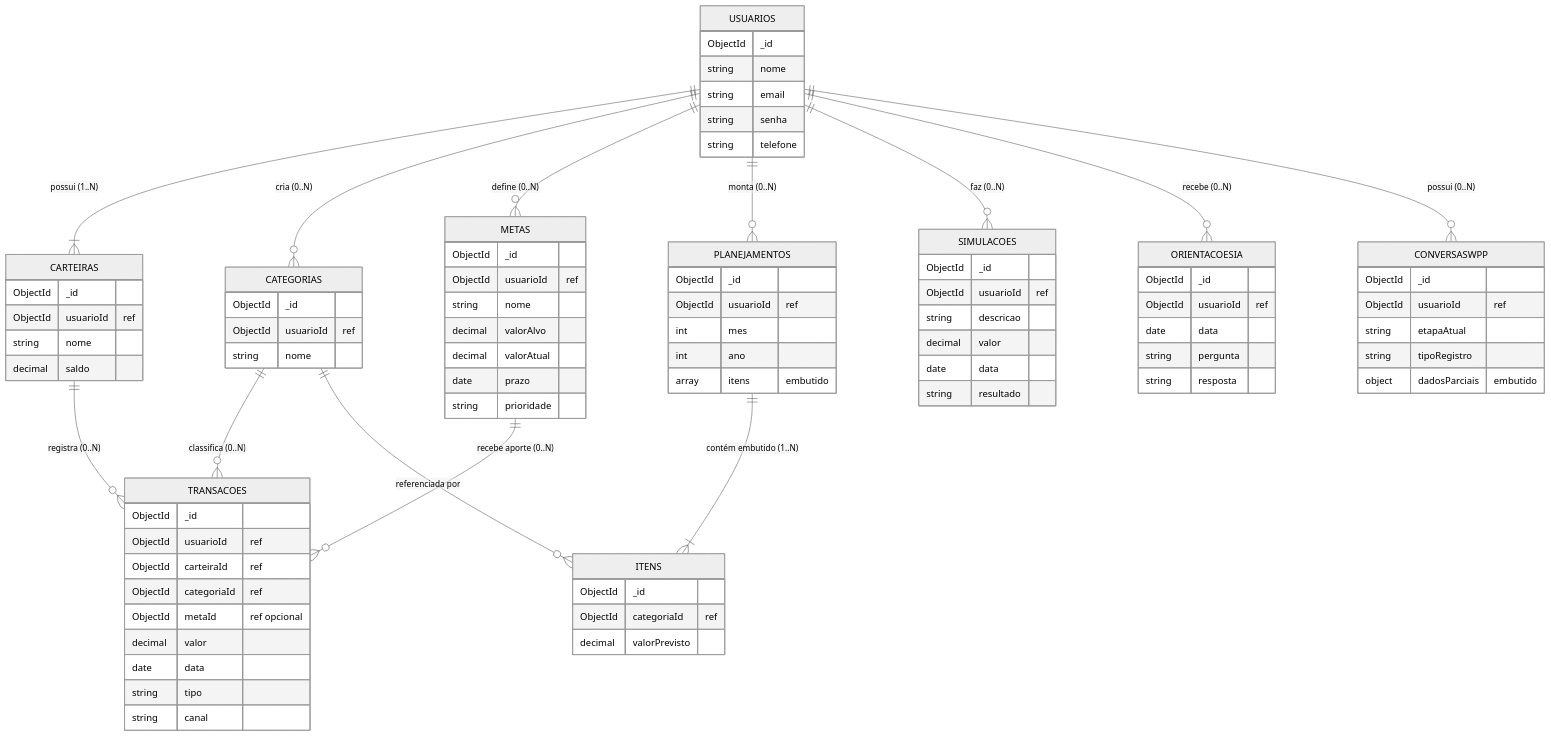
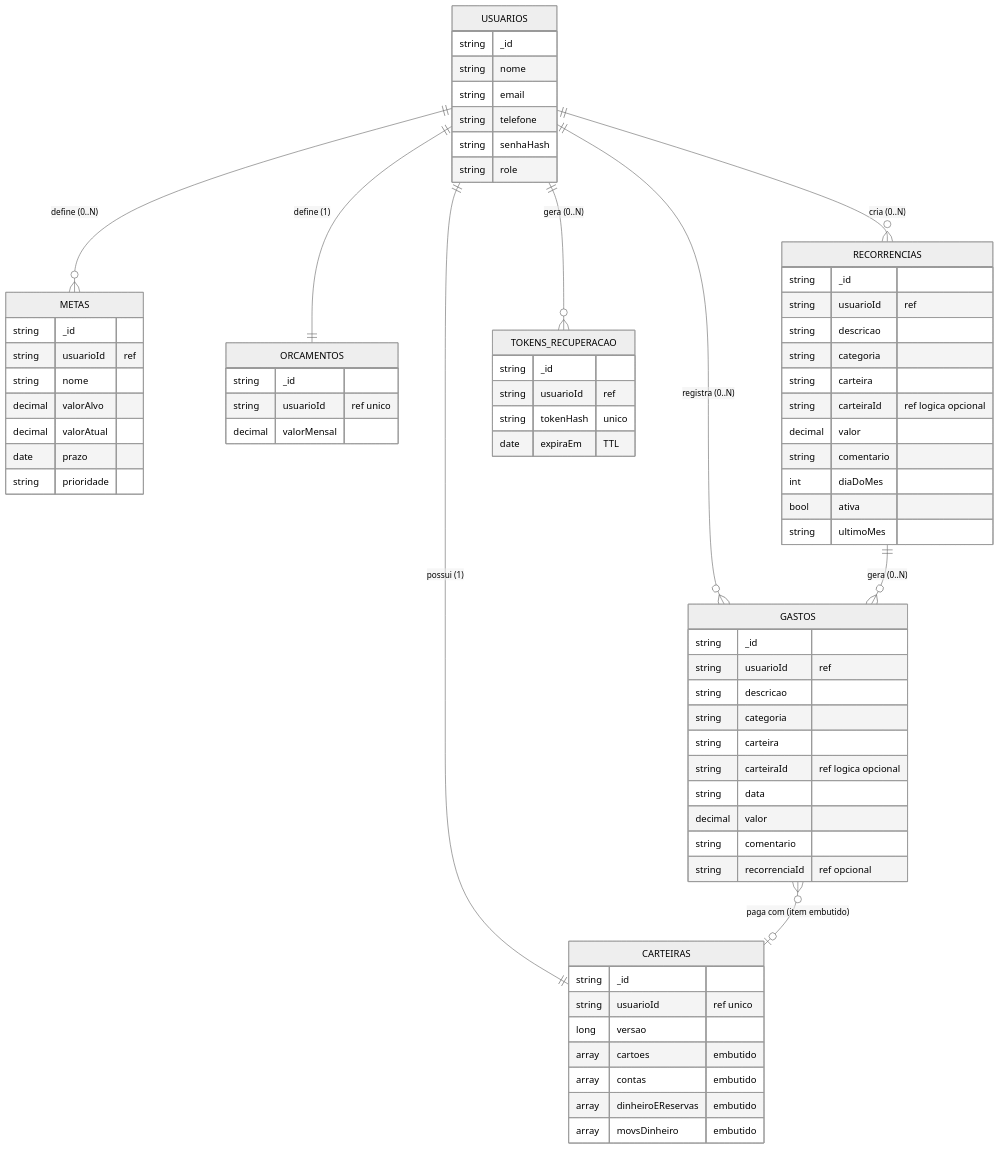
One commit to ICEI-PUC-Minas-PMGES-TI/pmg-es-2026-2-ti2-8183100-meu-bolso changed the diagram in Documentacao/ModeloDeDados.md. Above: the diagram before and after it, drawn with Mermaid (neutral theme). The commit also changed other lines of this file and 180 other files, not shown here.

````diff
--- a/Documentacao/ModeloDeDados.md
+++ b/Documentacao/ModeloDeDados.md
@@ -172,88 +146,74 @@
 ```mermaid
 erDiagram
-    USUARIOS ||--|{ CARTEIRAS : "possui (1..N)"
-    USUARIOS ||--o{ CATEGORIAS : "cria (0..N)"
     USUARIOS ||--o{ METAS : "define (0..N)"
-    USUARIOS ||--o{ PLANEJAMENTOS : "monta (0..N)"
-    USUARIOS ||--o{ SIMULACOES : "faz (0..N)"
-    USUARIOS ||--o{ ORIENTACOESIA : "recebe (0..N)"
-    USUARIOS ||--o{ CONVERSASWPP : "possui (0..N)"
-    CARTEIRAS ||--o{ TRANSACOES : "registra (0..N)"
-    CATEGORIAS ||--o{ TRANSACOES : "classifica (0..N)"
-    METAS ||--o{ TRANSACOES : "recebe aporte (0..N)"
-    PLANEJAMENTOS ||--|{ ITENS : "contém embutido (1..N)"
-    CATEGORIAS ||--o{ ITENS : "referenciada por"
+    USUARIOS ||--|| CARTEIRAS : "possui (1)"
+    USUARIOS ||--o{ GASTOS : "registra (0..N)"
+    USUARIOS ||--|| ORCAMENTOS : "define (1)"
+    USUARIOS ||--o{ RECORRENCIAS : "cria (0..N)"
+    USUARIOS ||--o{ TOKENS_RECUPERACAO : "gera (0..N)"
+    RECORRENCIAS ||--o{ GASTOS : "gera (0..N)"
+    GASTOS }o--o| CARTEIRAS : "paga com (item embutido)"
 
     USUARIOS {
-        ObjectId _id
+        string _id
         string nome
         string email
-        string senha
         string telefone
-    }
-    CARTEIRAS {
-        ObjectId _id
-        ObjectId usuarioId "ref"
-        string nome
-        decimal saldo
-    }
-    CATEGORIAS {
-        ObjectId _id
-        ObjectId usuarioId "ref"
-        string nome
-    }
-    TRANSACOES {
-        ObjectId _id
-        ObjectId usuarioId "ref"
-        ObjectId carteiraId "ref"
-        ObjectId categoriaId "ref"
-        ObjectId metaId "ref opcional"
-        decimal valor
-        date data
-        string tipo
-        string canal
+        string senhaHash
+        string role
     }
     METAS {
-        ObjectId _id
-        ObjectId usuarioId "ref"
+        string _id
+        string usuarioId "ref"
         string nome
         decimal valorAlvo
         decimal valorAtual
         date prazo
         string prioridade
     }
-    PLANEJAMENTOS {
-        ObjectId _id
-        ObjectId usuarioId "ref"
-        int mes
-        int ano
-        array itens "embutido"
+    CARTEIRAS {
+        string _id
+        string usuarioId "ref unico"
+        long versao
+        array cartoes "embutido"
+        array contas "embutido"
+        array dinheiroEReservas "embutido"
+        array movsDinheiro "embutido"
     }
-    ITENS {
-        ObjectId _id
-        ObjectId categoriaId "ref"
-        decimal valorPrevisto
+    GASTOS {
+        string _id
+        string usuarioId "ref"
+        string descricao
+        string categoria
+        string carteira
+        string carteiraId "ref logica opcional"
+        string data
+        decimal valor
+        string comentario
+        string recorrenciaId "ref opcional"
     }
-    SIMULACOES {
-        ObjectId _id
-        ObjectId usuarioId "ref"
+    ORCAMENTOS {
+        string _id
+        string usuarioId "ref unico"
+        decimal valorMensal
+    }
+    RECORRENCIAS {
+        string _id
+        string usuarioId "ref"
         string descricao
+        string categoria
+        string carteira
+        string carteiraId "ref logica opcional"
         decimal valor
-        date data
-        string resultado
+        string comentario
+        int diaDoMes
+        bool ativa
+        string ultimoMes
     }
-    ORIENTACOESIA {
-        ObjectId _id
-        ObjectId usuarioId "ref"
-        date data
-        string pergunta
-        string resposta
-    }
-    CONVERSASWPP {
-        ObjectId _id
-        ObjectId usuarioId "ref"
-        string etapaAtual
-        string tipoRegistro
-        object dadosParciais "embutido"
+    TOKENS_RECUPERACAO {
+        string _id
+        string usuarioId "ref"
+        string tokenHash "unico"
+        date expiraEm "TTL"
     }
 ```
````
